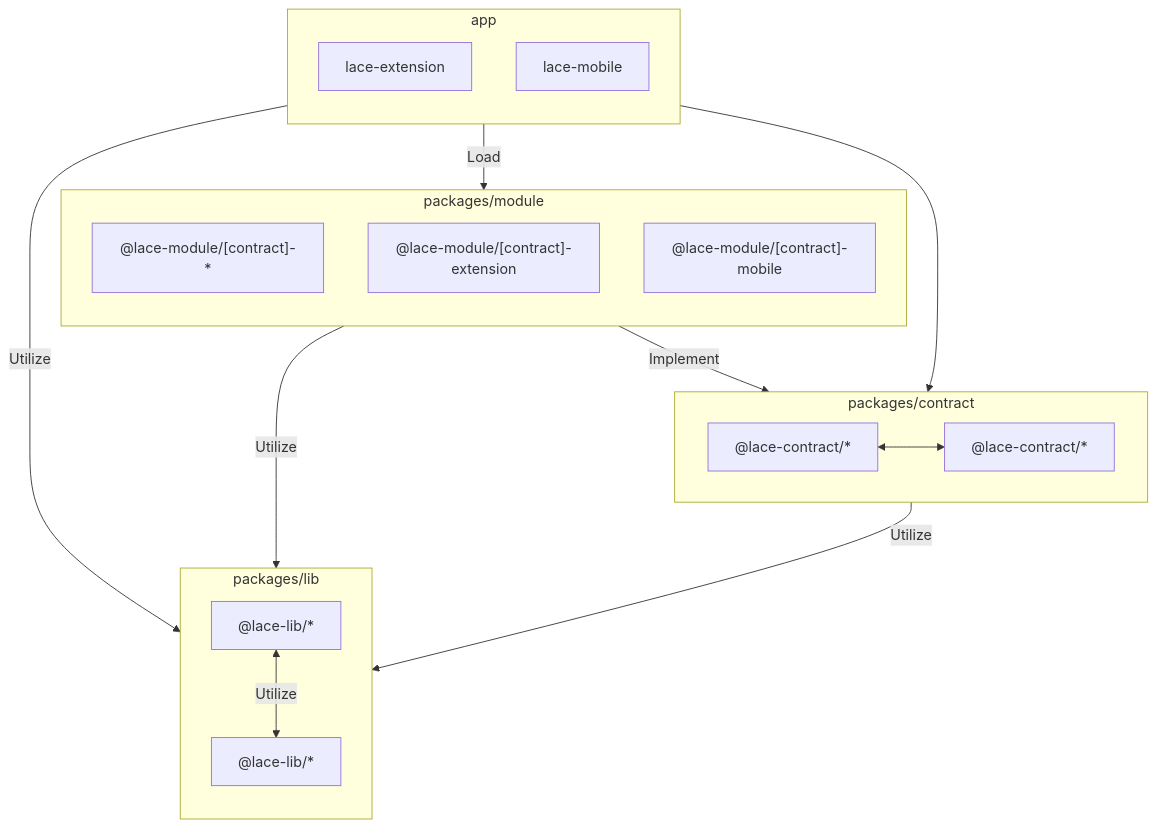
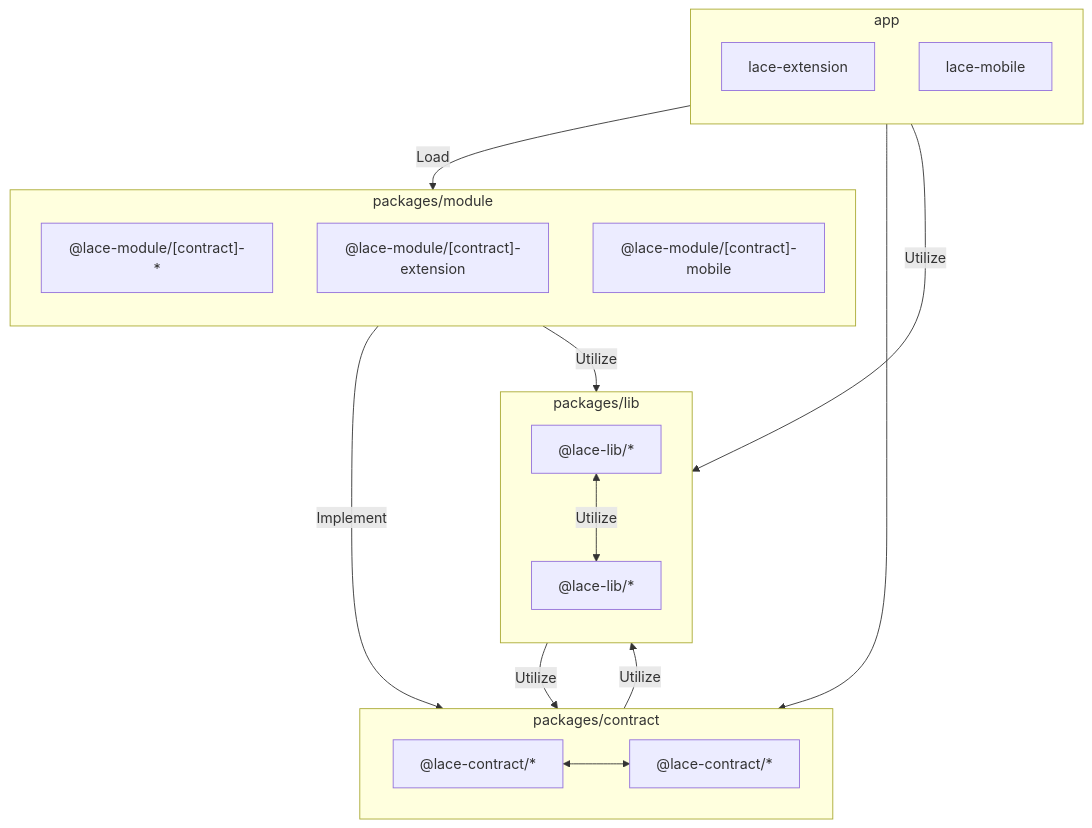
One commit to input-output-hk/lace changed the diagram in docs/WORKSPACE.md. Above: the diagram before and after it, drawn with Mermaid. The commit also changed other lines of this file and 1549 other files, not shown here.

````diff
--- a/docs/WORKSPACE.md
+++ b/docs/WORKSPACE.md
@@ -1,31 +1,32 @@
 ```mermaid
 flowchart TB
   subgraph app["app"]
     direction TB
     extension["lace-extension"]
     mobile["lace-mobile"]
   end
   subgraph module["packages/module"]
     direction TB
     contract-module["@lace-module/[contract]-*"]
     extension-module["@lace-module/[contract]-extension"]
     mobile-module["@lace-module/[contract]-mobile"]
   end
   subgraph contract["packages/contract"]
     contract-package["@lace-contract/*"]
     contract-package2["@lace-contract/*"]
   end
   subgraph lib["packages/lib"]
     direction TB
     lib-package2["@lace-lib/*"]
     lib-package["@lace-lib/*"]
   end
   app -- Load --> module
   module -- Implement --> contract
   contract-package <--> contract-package2
   app --> contract
   app -- Utilize --> lib
   module -- Utilize --> lib
   contract -- Utilize --> lib
+  lib -- Utilize --> contract
   lib-package <-- Utilize --> lib-package2
 ```
````
